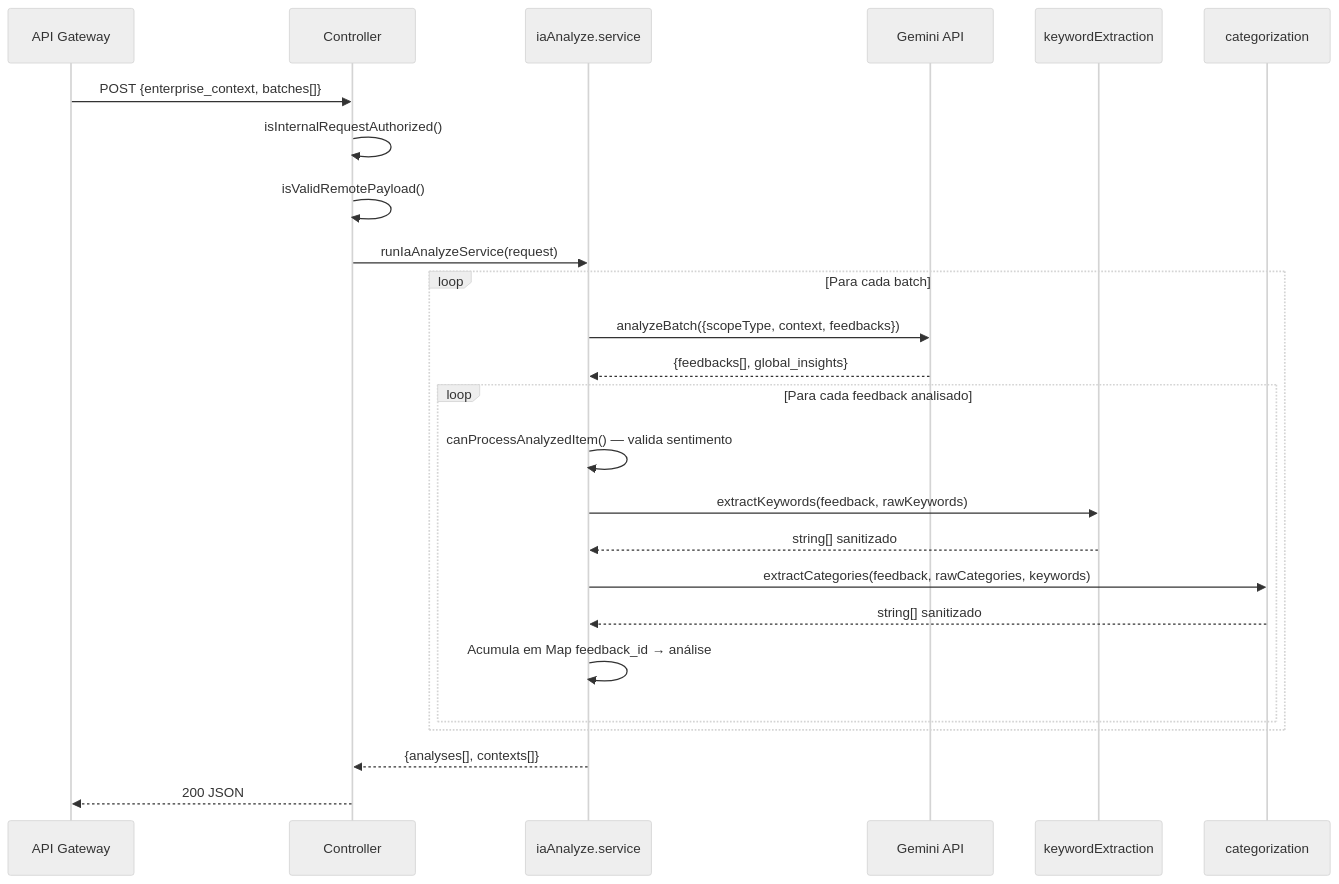
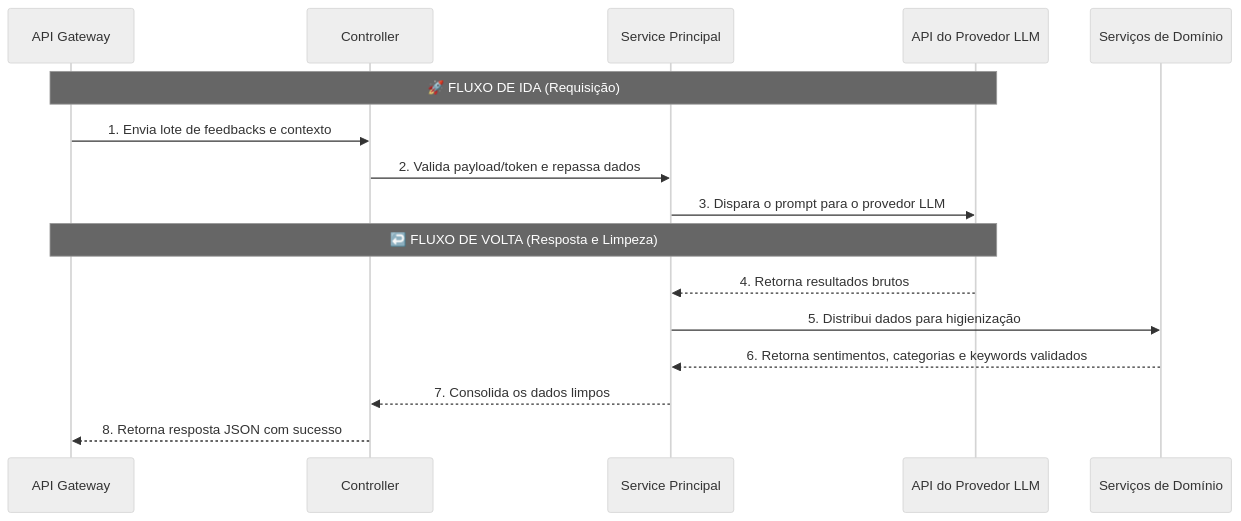
Before and after one commit to Nando006/feedback-analytics: the diagram in docs/servicos/ia-analyze/arquitetura-estrutura.md, drawn with Mermaid (neutral theme). The commit also changed other lines of this file and 4 other files, not shown here.

Commit message:
docs: atualizar a documentação do IA Analyze com correções de endpoints e detalhes sobre autenticação

````diff
--- a/docs/servicos/ia-analyze/arquitetura-estrutura.md
+++ b/docs/servicos/ia-analyze/arquitetura-estrutura.md
@@ -54,31 +28,20 @@
 ```mermaid
 sequenceDiagram
     participant GW as API Gateway
     participant CTRL as Controller
-    participant SVC as iaAnalyze.service
-    participant GM as Gemini API
-    participant KW as keywordExtraction
-    participant CAT as categorization
+    participant MAIN as Service Principal
+    participant GM as API do Provedor LLM
+    participant SPEC as Serviços de Domínio
 
-    GW->>CTRL: POST {enterprise_context, batches[]}
-    CTRL->>CTRL: isInternalRequestAuthorized()
-    CTRL->>CTRL: isValidRemotePayload()
-    CTRL->>SVC: runIaAnalyzeService(request)
-
-    loop Para cada batch
-        SVC->>GM: analyzeBatch({scopeType, context, feedbacks})
-        GM-->>SVC: {feedbacks[], global_insights}
-
-        loop Para cada feedback analisado
-            SVC->>SVC: canProcessAnalyzedItem() — valida sentimento
-            SVC->>KW: extractKeywords(feedback, rawKeywords)
-            KW-->>SVC: string[] sanitizado
-            SVC->>CAT: extractCategories(feedback, rawCategories, keywords)
-            CAT-->>SVC: string[] sanitizado
-            SVC->>SVC: Acumula em Map feedback_id → análise
-        end
-    end
-
-    SVC-->>CTRL: {analyses[], contexts[]}
-    CTRL-->>GW: 200 JSON
+    Note over GW,GM: 🚀 FLUXO DE IDA (Requisição)
+    GW->>CTRL: 1. Envia lote de feedbacks e contexto
+    CTRL->>MAIN: 2. Valida payload/token e repassa dados
+    MAIN->>GM: 3. Dispara o prompt para o provedor LLM
+    
+    Note over GW,GM: ↩️ FLUXO DE VOLTA (Resposta e Limpeza)
+    GM-->>MAIN: 4. Retorna resultados brutos
+    MAIN->>SPEC: 5. Distribui dados para higienização
+    SPEC-->>MAIN: 6. Retorna sentimentos, categorias e keywords validados
+    MAIN-->>CTRL: 7. Consolida os dados limpos
+    CTRL-->>GW: 8. Retorna resposta JSON com sucesso
 ```
````
